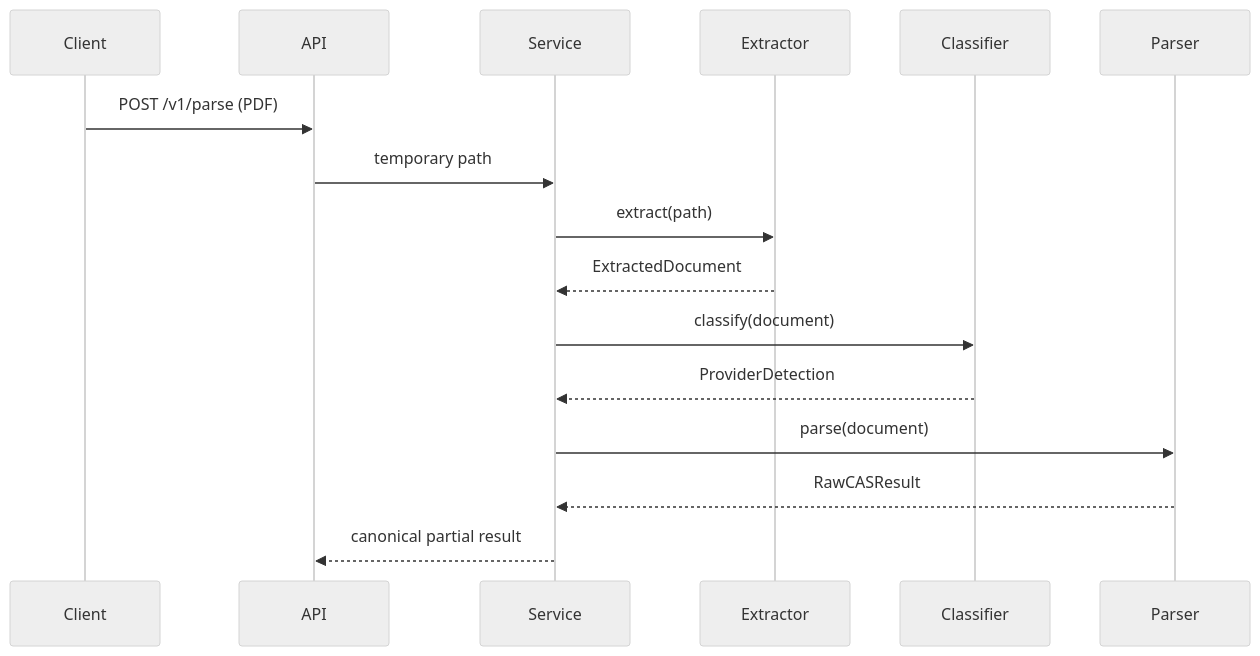
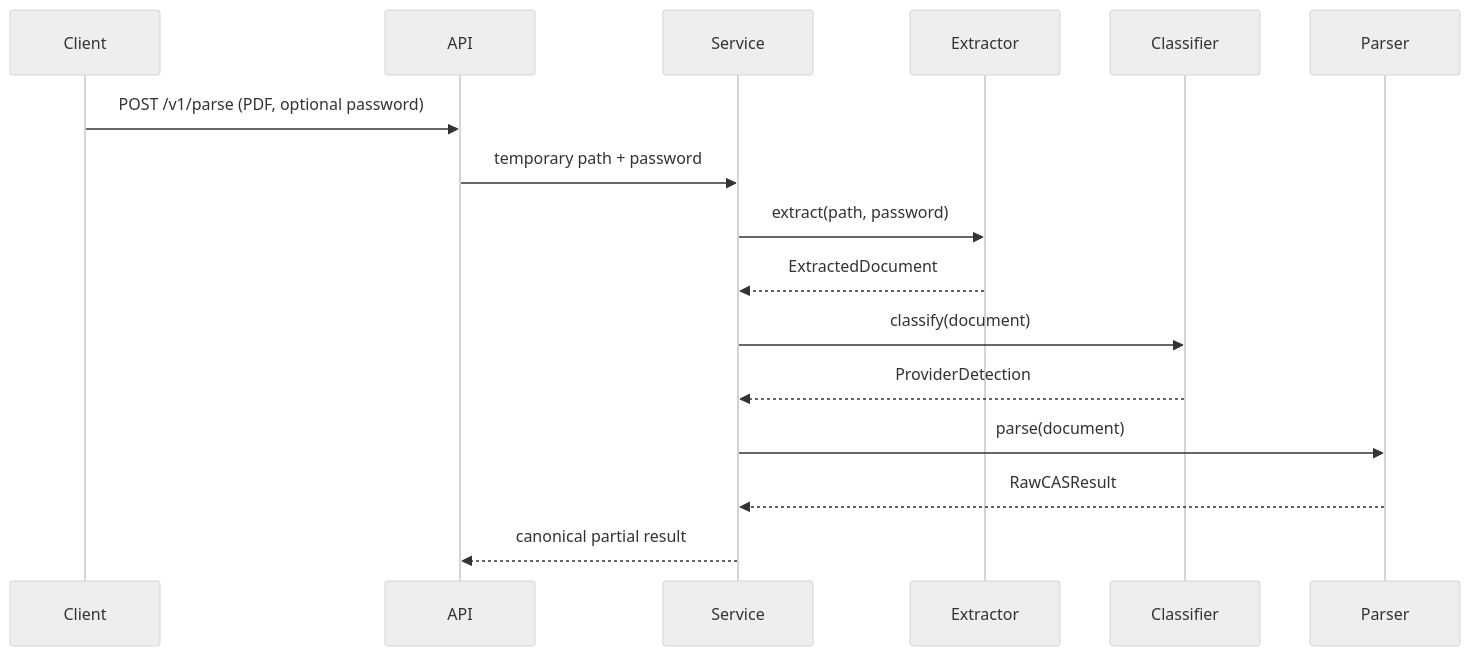
The diagram in docs/LLD.md (jayasuriya3/AVD-Microservice-Pdf-Parser), drawn with Mermaid (neutral theme) before and after one commit. The commit also changed other lines of this file and 3 other files, not shown here.

````diff
--- a/docs/LLD.md
+++ b/docs/LLD.md
@@ -5,18 +5,18 @@
 ```mermaid
 sequenceDiagram
   participant Client
   participant API
   participant Service
   participant Extractor
   participant Classifier
   participant Parser
-  Client->>API: POST /v1/parse (PDF)
-  API->>Service: temporary path
-  Service->>Extractor: extract(path)
+  Client->>API: POST /v1/parse (PDF, optional password)
+  API->>Service: temporary path + password
+  Service->>Extractor: extract(path, password)
   Extractor-->>Service: ExtractedDocument
   Service->>Classifier: classify(document)
   Classifier-->>Service: ProviderDetection
   Service->>Parser: parse(document)
   Parser-->>Service: RawCASResult
   Service-->>API: canonical partial result
 ```
````
